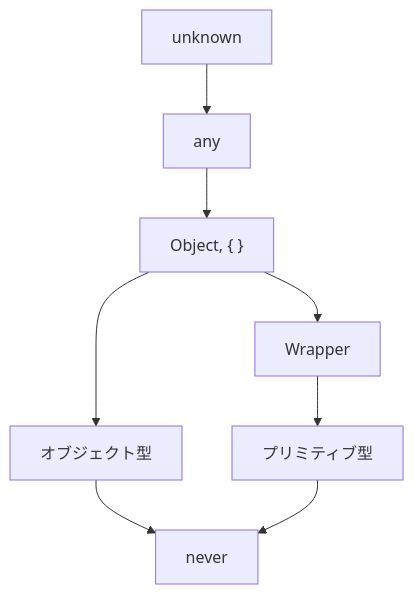
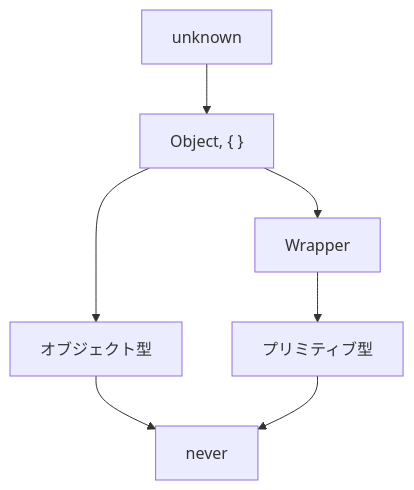
One commit to yo-goto/zenn-public-repo changed the ninth of 10 diagrams in articles/typescript-type-set-hierarchy.md. Above: the diagram before and after it, drawn with Mermaid. The commit also changed other lines of this file, not shown here.

````diff
--- a/articles/typescript-type-set-hierarchy.md
+++ b/articles/typescript-type-set-hierarchy.md
@@ -953,14 +950,13 @@
 ```mermaid
 graph TD
   U[unknown]
-  A[any]
   N[never]
   O["Object, { }"]
   W[Wrapper]
   P[プリミティブ型]
   objs[オブジェクト型]
-  U --> A --> O
+  U --> O
   O --> objs & W
   objs --> N
   W --> P --> N
 ```
````
